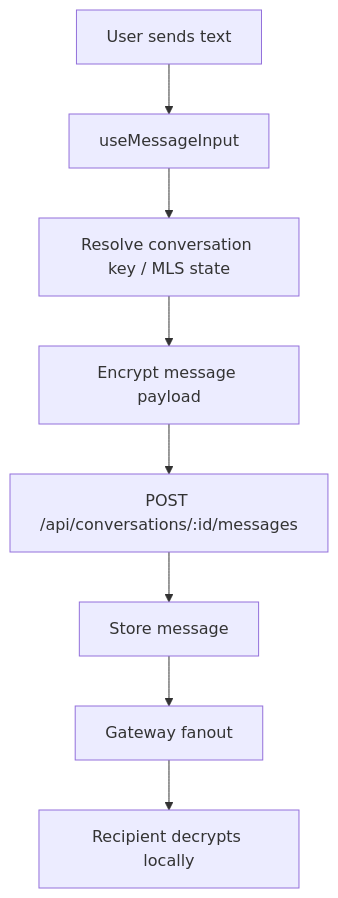
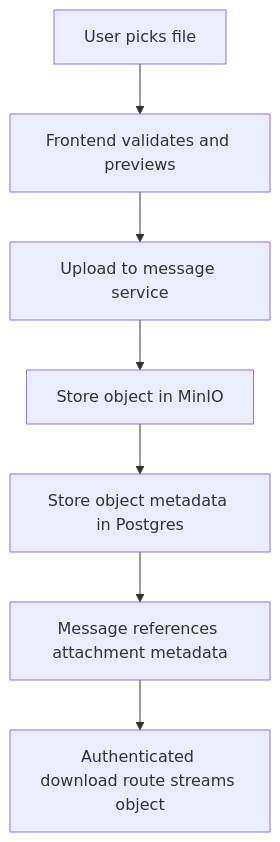
Before and after one commit to voidjack233/VOIDCHATS-NOTE2EE: the eighth of 9 diagrams in VOID0000-www/docs/project-flow-map.md, drawn with Mermaid. The commit also changed other lines of this file and 497 other files, not shown here.

````diff
--- a/VOID0000-www/docs/project-flow-map.md
+++ b/VOID0000-www/docs/project-flow-map.md
@@ -349,10 +220,9 @@
 ```mermaid
 flowchart TD
-  A[User sends text] --> B[useMessageInput]
-  B --> C[Resolve conversation key / MLS state]
-  C --> D[Encrypt message payload]
-  D --> E[POST /api/conversations/:id/messages]
-  E --> F[Store message]
-  F --> G[Gateway fanout]
-  G --> H[Recipient decrypts locally]
+  A[User picks file] --> B[Frontend validates and previews]
+  B --> C[Upload to message service]
+  C --> D[Store object in MinIO]
+  D --> E[Store object metadata in Postgres]
+  E --> F[Message references attachment metadata]
+  F --> G[Authenticated download route streams object]
 ```
````
